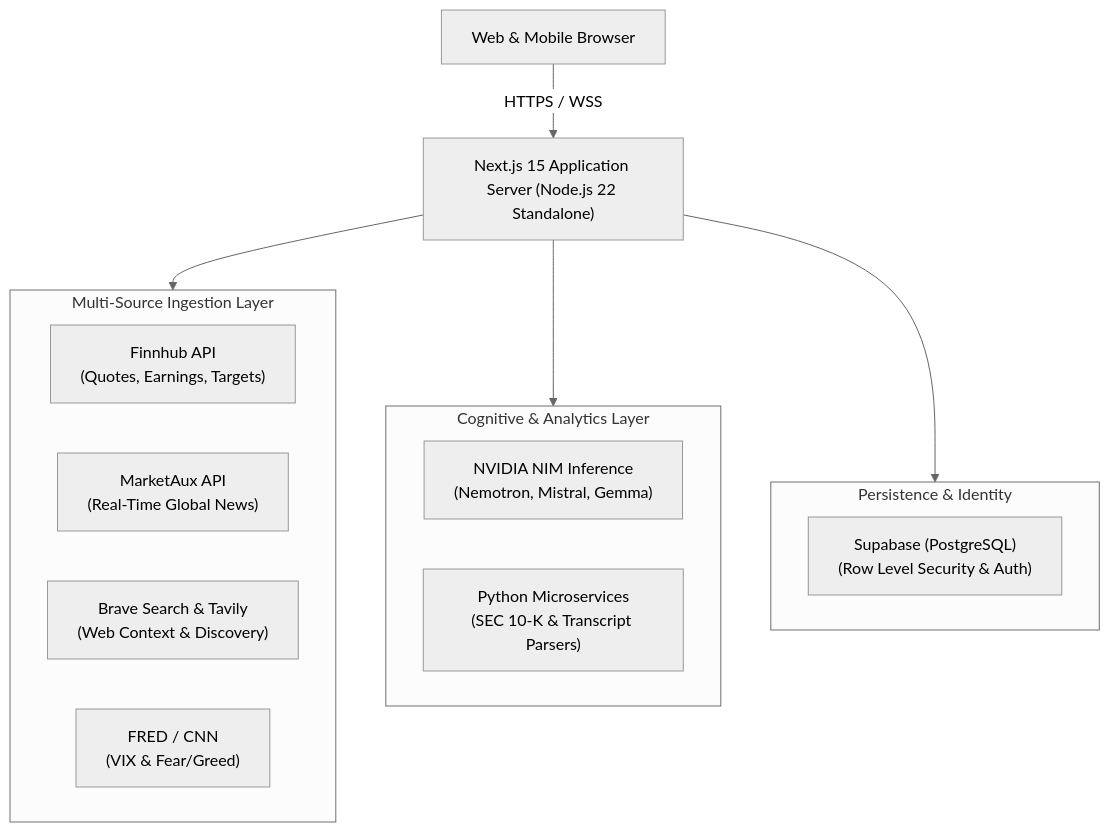
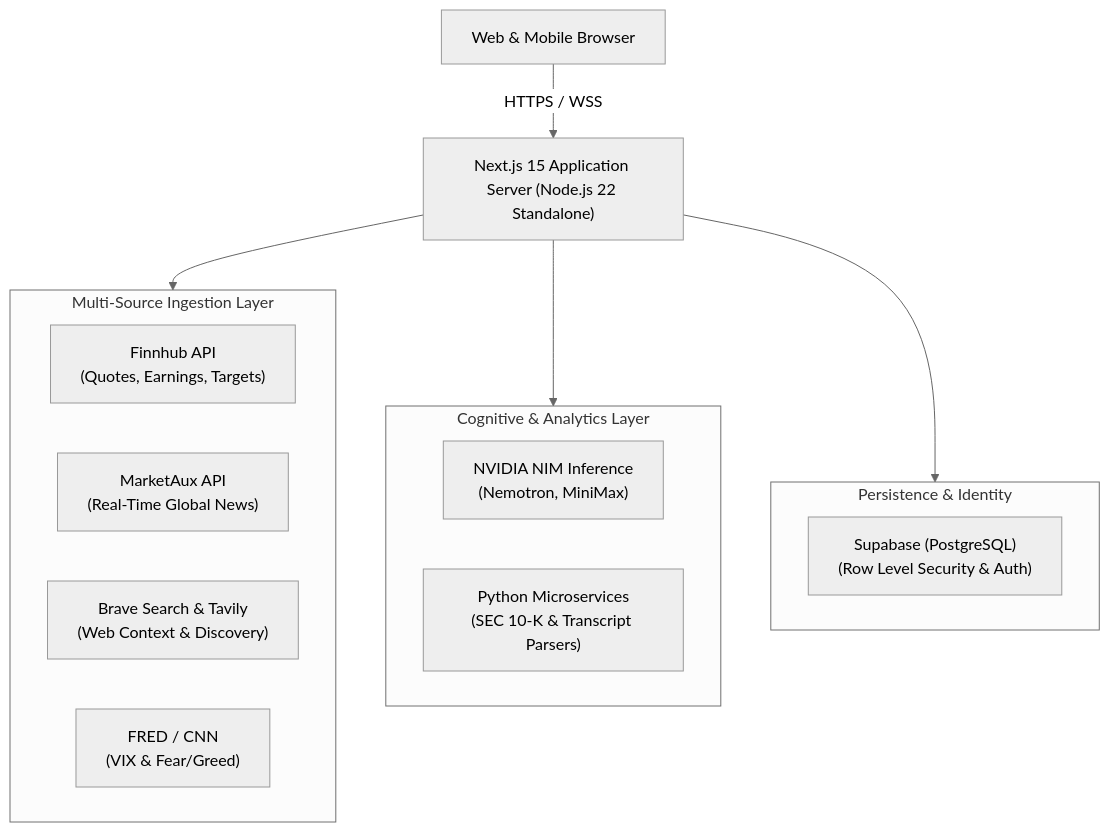
Before and after one commit to AnishDubey27/velora: the diagram in README.md, drawn with Mermaid (neutral theme). The commit also changed other lines of this file and 16 other files, not shown here.

````diff
--- a/README.md
+++ b/README.md
@@ -34,24 +34,24 @@
 ```mermaid
 graph TD
     User["Web & Mobile Browser"] -->|HTTPS / WSS| NextApp["Next.js 15 Application Server (Node.js 22 Standalone)"]
 
     subgraph DataIngestion["Multi-Source Ingestion Layer"]
         Finnhub["Finnhub API<br/>(Quotes, Earnings, Targets)"]
         MarketAux["MarketAux API<br/>(Real-Time Global News)"]
         BraveSearch["Brave Search & Tavily<br/>(Web Context & Discovery)"]
         FRED["FRED / CNN<br/>(VIX & Fear/Greed)"]
     end
 
     subgraph Intelligence["Cognitive & Analytics Layer"]
-        NVIDIA["NVIDIA NIM Inference<br/>(Nemotron, Mistral, Gemma)"]
+        NVIDIA["NVIDIA NIM Inference<br/>(Nemotron, MiniMax)"]
         Microservices["Python Microservices<br/>(SEC 10-K & Transcript Parsers)"]
     end
 
     subgraph Storage["Persistence & Identity"]
         Supabase["Supabase (PostgreSQL)<br/>(Row Level Security & Auth)"]
     end
 
     NextApp --> DataIngestion
     NextApp --> Intelligence
     NextApp --> Storage
 ```
````
